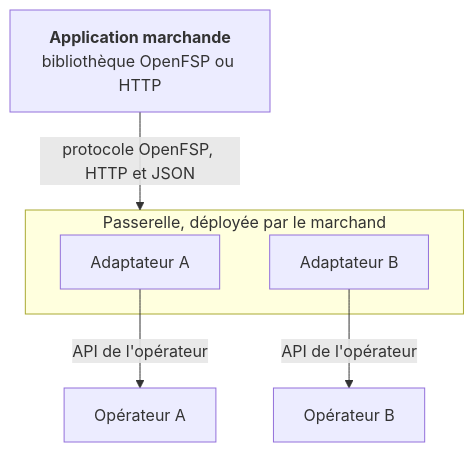
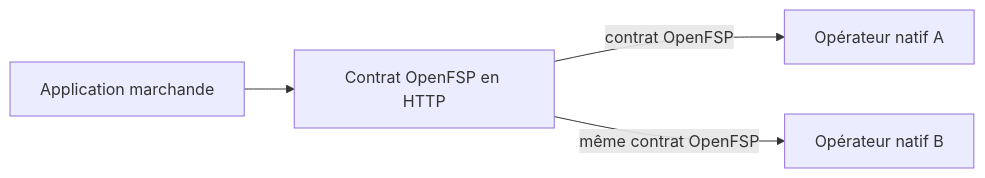
The diagram in content/docs/architecture.fr.mdx (openfspht/openfsp.org), drawn with Mermaid before and after one commit. The commit also changed other lines of this file and 35 other files, not shown here.

````diff
--- a/content/docs/architecture.fr.mdx
+++ b/content/docs/architecture.fr.mdx
@@ -31,13 +18,6 @@
 ```mermaid
-flowchart TD
-    A["<b>Application marchande</b><br/>bibliothèque OpenFSP ou HTTP"]
-    subgraph G["Passerelle, déployée par le marchand"]
-        AD1["Adaptateur A"]
-        AD2["Adaptateur B"]
-    end
-    P1["Opérateur A"]
-    P2["Opérateur B"]
-    A -- "protocole OpenFSP, HTTP et JSON" --> G
-    AD1 -- "API de l'opérateur" --> P1
-    AD2 -- "API de l'opérateur" --> P2
+flowchart LR
+    A["Application marchande"] --> S["Contrat OpenFSP en HTTP"]
+    S -- "contrat OpenFSP" --> P1["Opérateur natif A"]
+    S -- "même contrat OpenFSP" --> P2["Opérateur natif B"]
 ```
````
